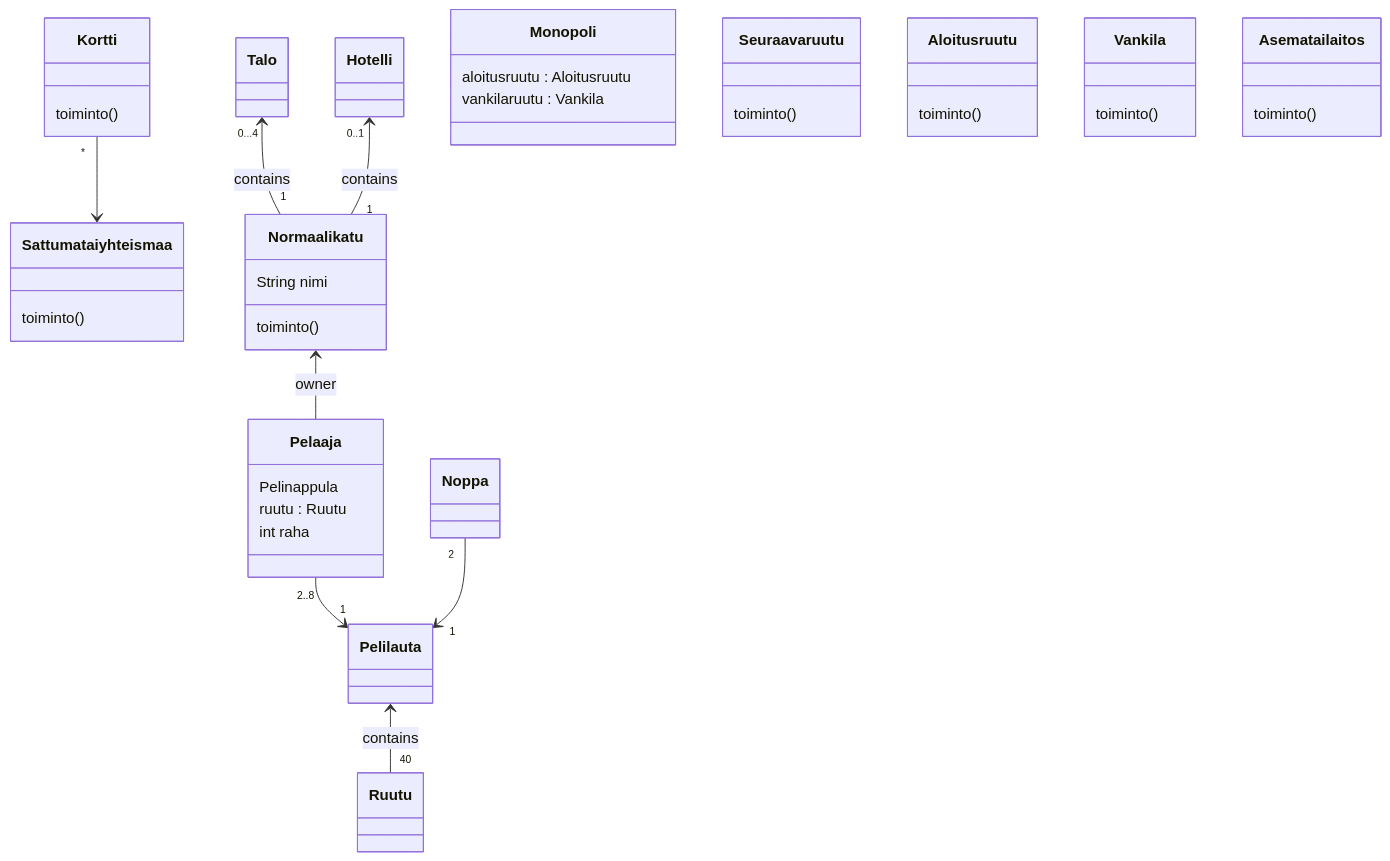
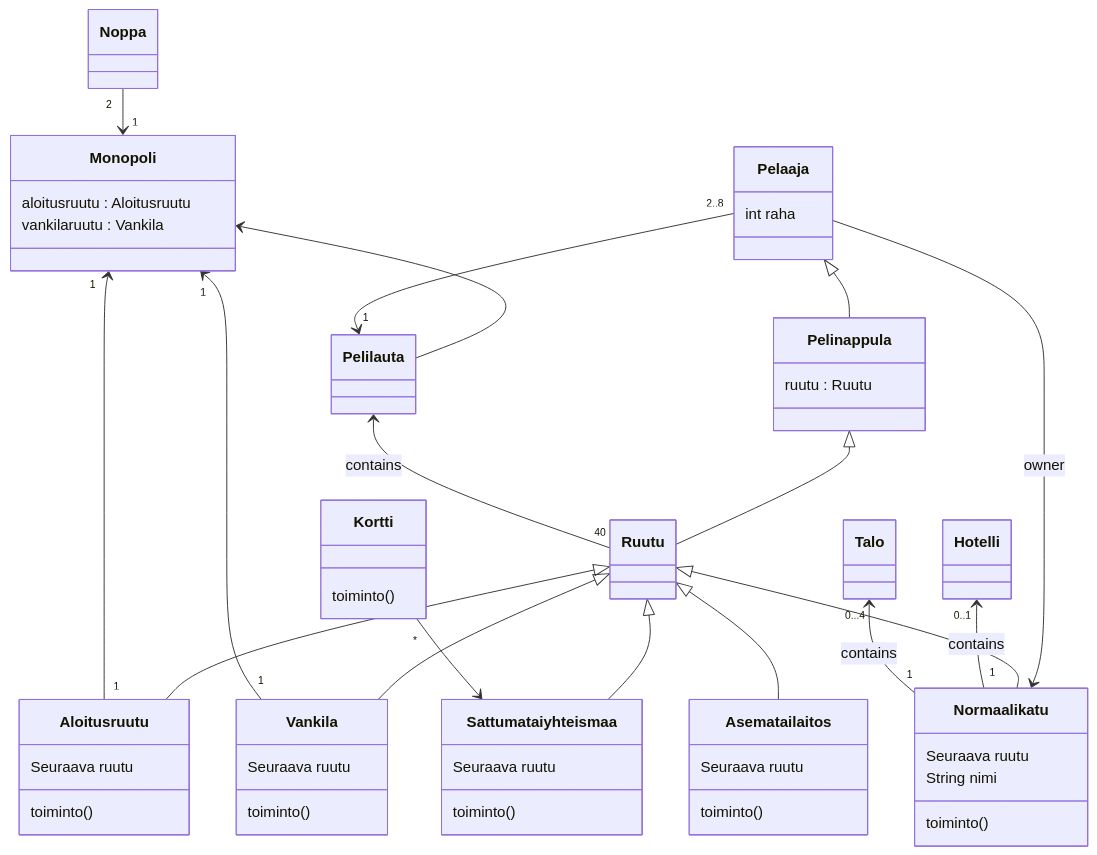
One commit to nie-ed/ot-harjoitustyo changed the diagram in laskarit/viikko3/monopoliClassDiagram.md. Above: the diagram before and after it, drawn with Mermaid.

Commit message:
Modified Monopoly md file

````diff
--- a/laskarit/viikko3/monopoliClassDiagram.md
+++ b/laskarit/viikko3/monopoliClassDiagram.md
@@ -1,55 +1,75 @@
 ```mermaid
 classDiagram
 	Pelaaja "2..8" --> "1" Pelilauta
-	Noppa "2" --> "1" Pelilauta
+	Noppa "2" --> "1" Monopoli
 	Pelilauta <-- "40" Ruutu : contains
+	Monopoli <-- Pelilauta
 	Kortti "*" -->  Sattuma tai yhteismaa
 	Talo "0...4" <-- "1" Normaali katu : contains
 	Hotelli "0..1" <-- "1" Normaali katu : contains
 	Normaali katu <-- Pelaaja : owner
+	Monopoli "1" <-- "1" Aloitusruutu
+	Monopoli "1" <-- "1" Vankila
+	Ruutu <|-- Aloitusruutu
+        Ruutu <|-- Vankila
+        Ruutu <|-- Sattuma tai yhteismaa
+        Ruutu <|-- Asema tai laitos
+        Ruutu <|-- Normaali katu
+	Pelaaja <|-- Pelinappula
+	Pelinappula <|-- Ruutu
+
 
 	class Monopoli { 
 		aloitusruutu : Aloitusruutu
 		vankilaruutu : Vankila
 	}
 	class Noppa{
 	}
+
+	class Pelinappula{
+		ruutu :  Ruutu
+	}
+
 	class Pelaaja{
-		Pelinappula
-			ruutu : Ruutu
 		int raha
 	}
 	class Pelilauta{
 	}
-	class Seuraavaruutu{
-		toiminto()
-	}	
+
+	class Ruutu{
+	}
+
         class Aloitusruutu{
+		Seuraava ruutu
                 toiminto()
         }
         class Vankila{
+                Seuraava ruutu
                 toiminto()
         }
         class Sattuma tai yhteismaa{
+                Seuraava ruutu
                 toiminto()
         }
         class Asema tai laitos{
+                Seuraava ruutu
                 toiminto()
         }
         class Normaali katu{
+                Seuraava ruutu
 		String nimi
                 toiminto()
         }
 
 	class Talo {
 	}
 
 	class Hotelli { 
 	}
 
 	class Kortti{
 		toiminto()
 	}
 
 
 ```
````
